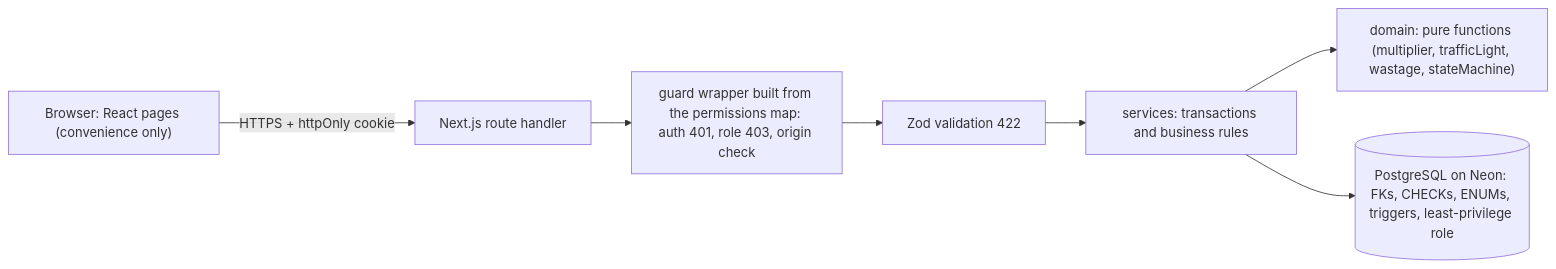
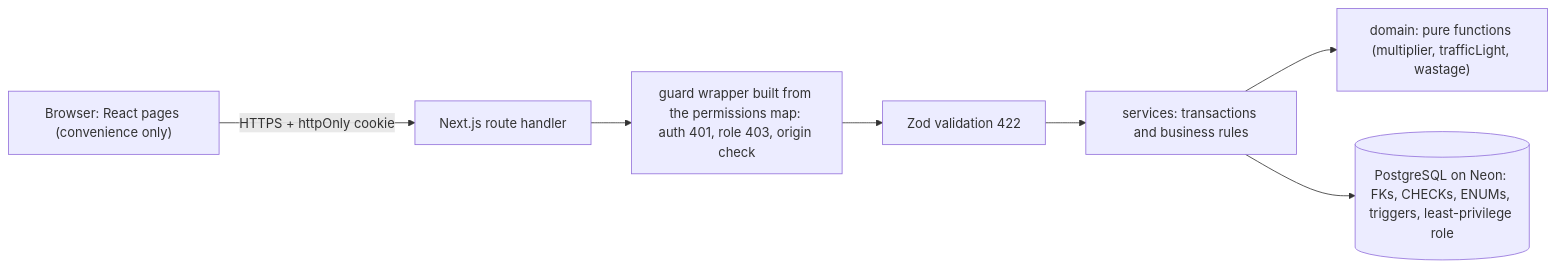
The first of 4 diagrams in ARCHITECTURE.md (awatharushika44/apparelflow-erp), drawn with Mermaid before and after one commit. The commit also changed other lines of this file, not shown here.

Commit message:
docs: update architecture to v2.2 with build status

````diff
--- a/ARCHITECTURE.md
+++ b/ARCHITECTURE.md
@@ -55,9 +55,9 @@
 ```mermaid
 flowchart LR
     B["Browser: React pages (convenience only)"] -->|"HTTPS + httpOnly cookie"| H["Next.js route handler"]
     H --> G["guard wrapper built from the permissions map: auth 401, role 403, origin check"]
     G --> V["Zod validation 422"]
     V --> S["services: transactions and business rules"]
-    S --> D["domain: pure functions (multiplier, trafficLight, wastage, stateMachine)"]
+    S --> D["domain: pure functions (multiplier, trafficLight, wastage)"]
     S --> DB[("PostgreSQL on Neon: FKs, CHECKs, ENUMs, triggers, least-privilege role")]
 ```
````
